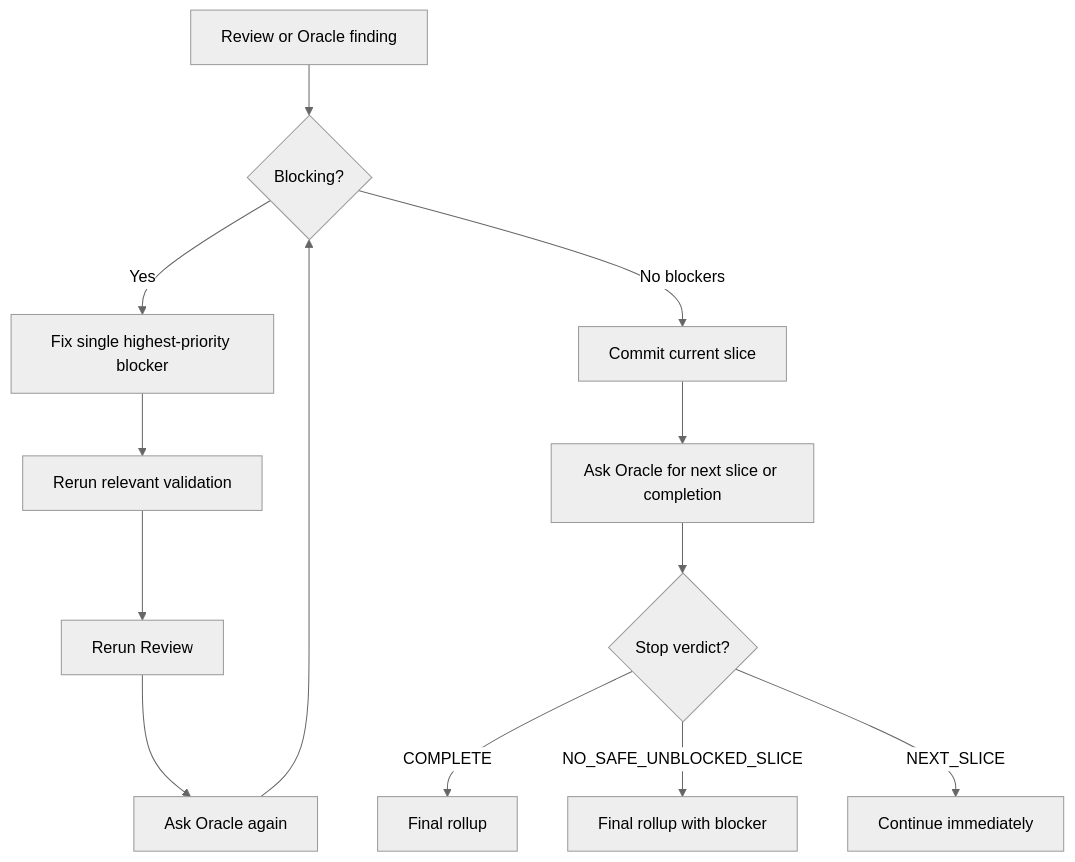
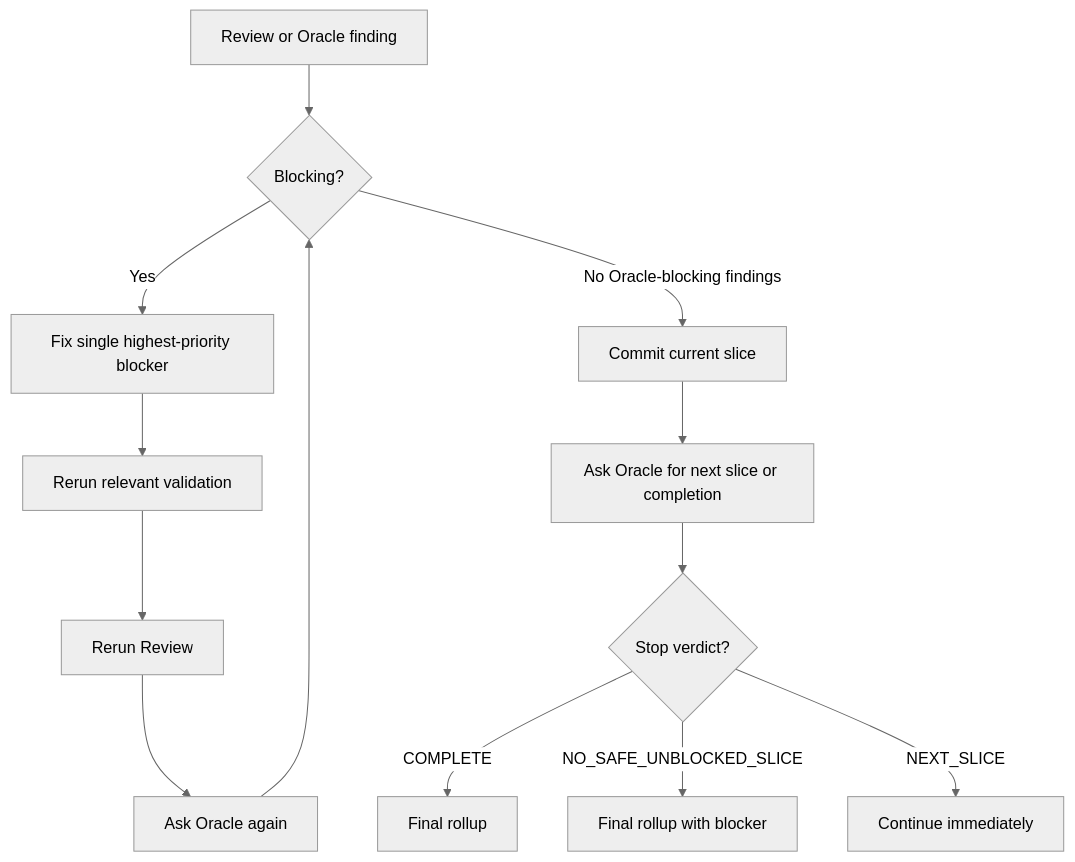
Before and after one commit to Helg1us/cookbook: the second of 4 diagrams in docs/workflows/repoprompt-ce/autonomous-slice-loop.md, drawn with Mermaid (neutral theme). The commit also changed other lines of this file and 1 other file, not shown here.

Commit message:
docs: align workflow diagrams with review gates

````diff
--- a/docs/workflows/repoprompt-ce/autonomous-slice-loop.md
+++ b/docs/workflows/repoprompt-ce/autonomous-slice-loop.md
@@ -94,16 +99,16 @@
 ```mermaid
 flowchart TD
   A["Review or Oracle finding"] --> B{"Blocking?"}
   B -->|Yes| C["Fix single highest-priority blocker"]
   C --> D["Rerun relevant validation"]
   D --> E["Rerun Review"]
   E --> F["Ask Oracle again"]
   F --> B
 
-  B -->|No blockers| G["Commit current slice"]
+  B -->|No Oracle-blocking findings| G["Commit current slice"]
   G --> H["Ask Oracle for next slice or completion"]
   H --> I{"Stop verdict?"}
   I -->|COMPLETE| J["Final rollup"]
   I -->|NO_SAFE_UNBLOCKED_SLICE| K["Final rollup with blocker"]
   I -->|NEXT_SLICE| L["Continue immediately"]
 ```
````
